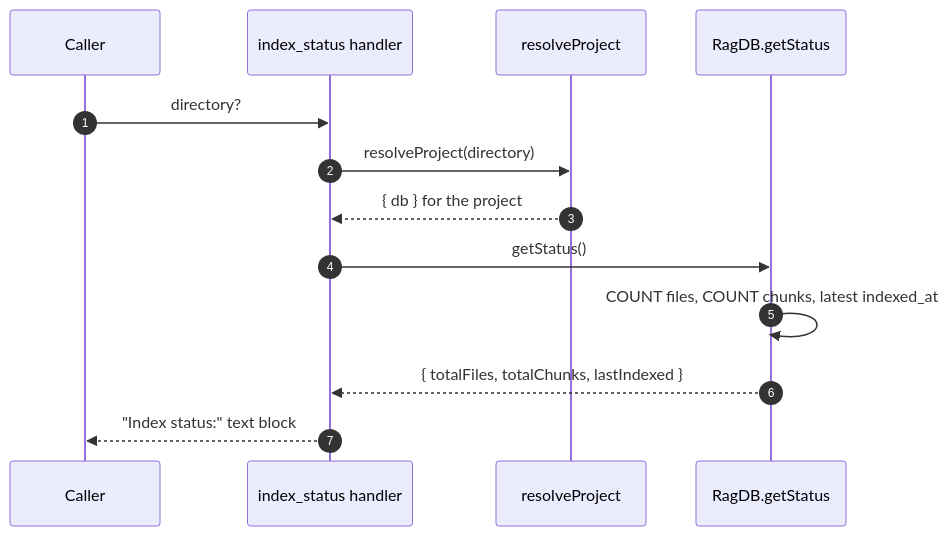
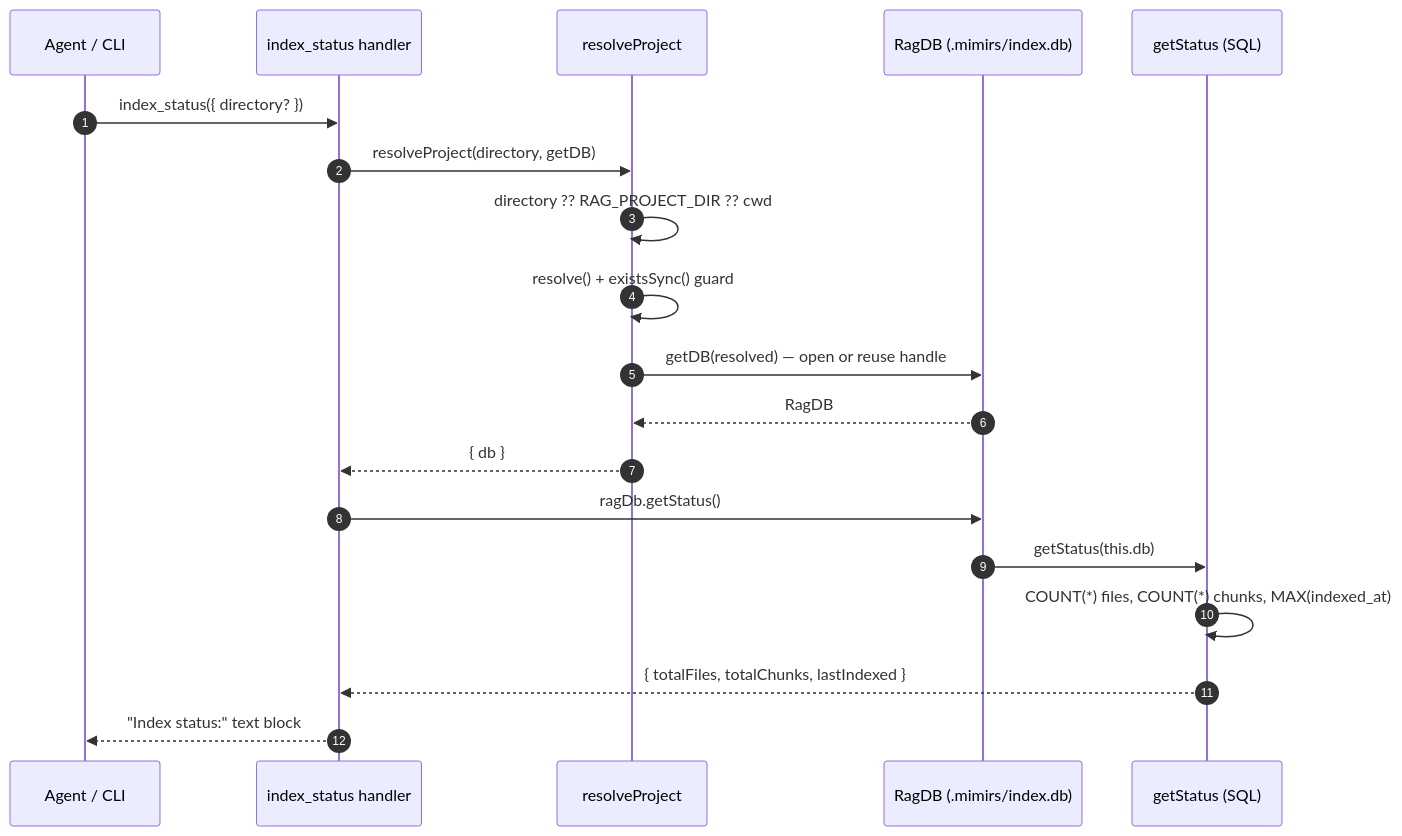
The diagram in wiki/tools/index-status.md (TheWinci/mimirs), drawn with Mermaid before and after one commit. The commit also changed other lines of this file and 51 other files, not shown here.

````diff
--- a/wiki/tools/index-status.md
+++ b/wiki/tools/index-status.md
@@ -9,16 +13,22 @@
 ```mermaid
 sequenceDiagram
     autonumber
-    participant Caller
-    participant Handler as index_status handler
-    participant Project as resolveProject
-    participant DB as RagDB.getStatus
+    participant Caller as Agent / CLI
+    participant Tool as index_status handler
+    participant Resolve as resolveProject
+    participant DB as RagDB (.mimirs/index.db)
+    participant Files as getStatus (SQL)
 
-    Caller->>Handler: directory?
-    Handler->>Project: resolveProject(directory)
-    Project-->>Handler: { db } for the project
-    Handler->>DB: getStatus()
-    DB->>DB: COUNT files, COUNT chunks, latest indexed_at
-    DB-->>Handler: { totalFiles, totalChunks, lastIndexed }
-    Handler-->>Caller: "Index status:" text block
+    Caller->>Tool: index_status({ directory? })
+    Tool->>Resolve: resolveProject(directory, getDB)
+    Resolve->>Resolve: directory ?? RAG_PROJECT_DIR ?? cwd
+    Resolve->>Resolve: resolve() + existsSync() guard
+    Resolve->>DB: getDB(resolved) — open or reuse handle
+    DB-->>Resolve: RagDB
+    Resolve-->>Tool: { db }
+    Tool->>DB: ragDb.getStatus()
+    DB->>Files: getStatus(this.db)
+    Files->>Files: COUNT(*) files, COUNT(*) chunks, MAX(indexed_at)
+    Files-->>Tool: { totalFiles, totalChunks, lastIndexed }
+    Tool-->>Caller: "Index status:" text block
 ```
````
